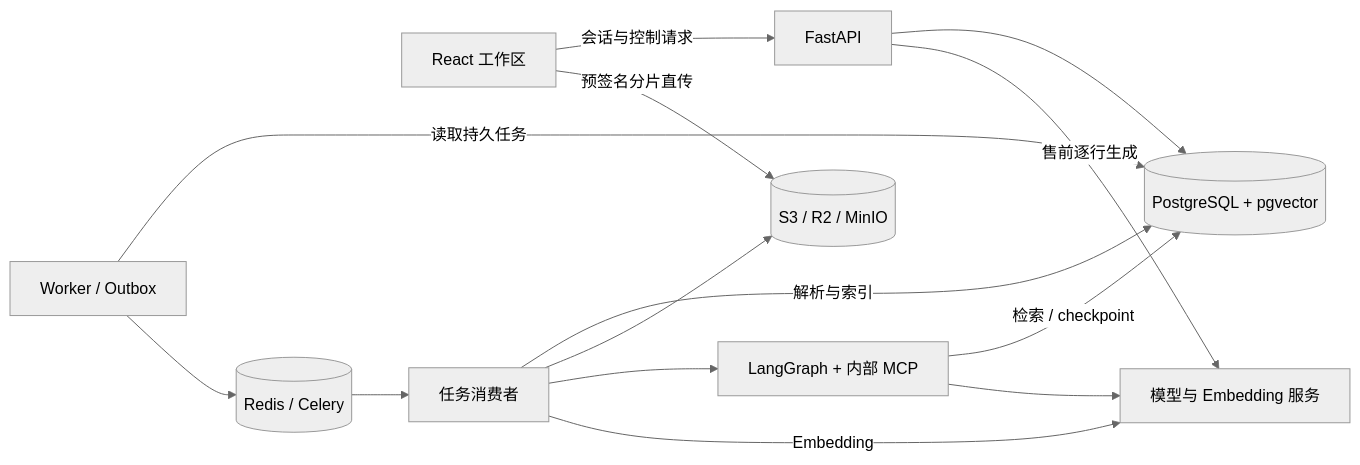
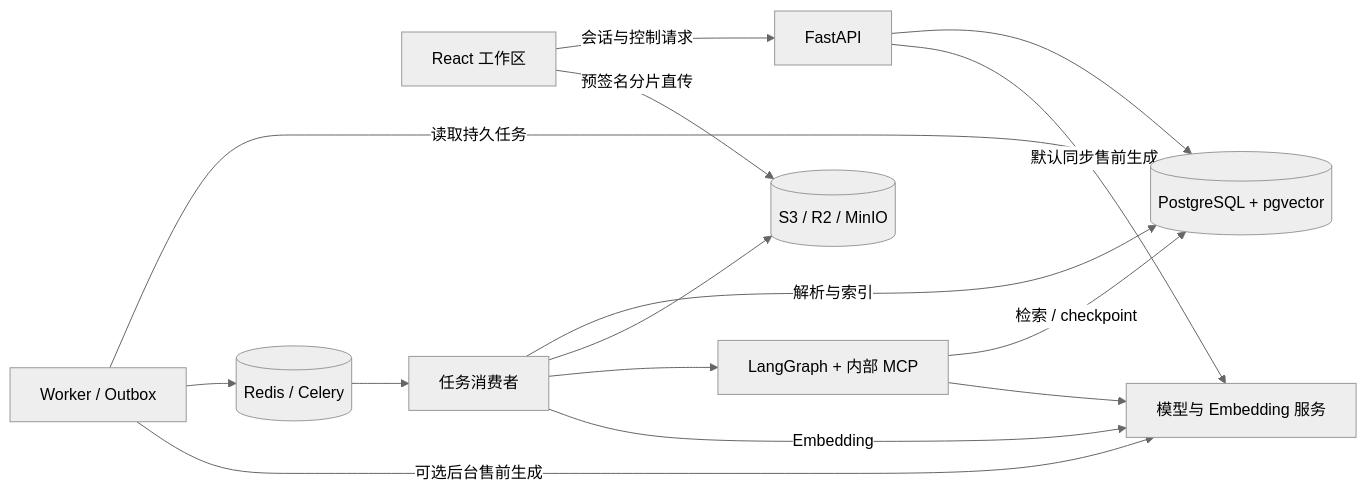
The diagram in README.md (Drew-Z/enterprise-doc-agent), drawn with Mermaid (neutral theme) before and after one commit. The commit also changed other lines of this file and 39 other files, not shown here.

````diff
--- a/README.md
+++ b/README.md
@@ -167,16 +167,17 @@
 ```mermaid
 flowchart LR
     Browser[React 工作区] -->|会话与控制请求| API[FastAPI]
     Browser -->|预签名分片直传| Store[(S3 / R2 / MinIO)]
     API --> DB[(PostgreSQL + pgvector)]
     Publisher[Worker / Outbox] -->|读取持久任务| DB
     Publisher --> Redis[(Redis / Celery)]
     Redis --> Consumer[任务消费者]
     Consumer -->|解析与索引| DB
     Consumer --> Store
     Consumer --> Graph[LangGraph + 内部 MCP]
     Graph -->|检索 / checkpoint| DB
     Graph --> Model[模型与 Embedding 服务]
     Consumer -->|Embedding| Model
-    API -->|售前逐行生成| Model
+    API -->|默认同步售前生成| Model
+    Publisher -->|可选后台售前生成| Model
 ```
````
